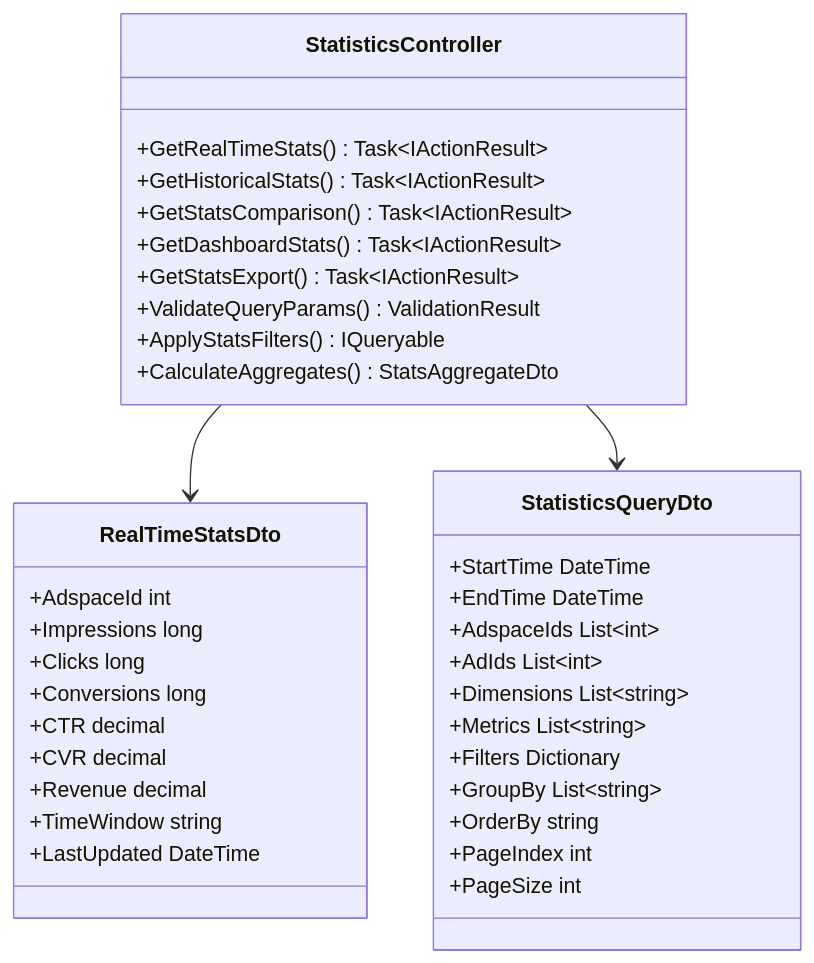
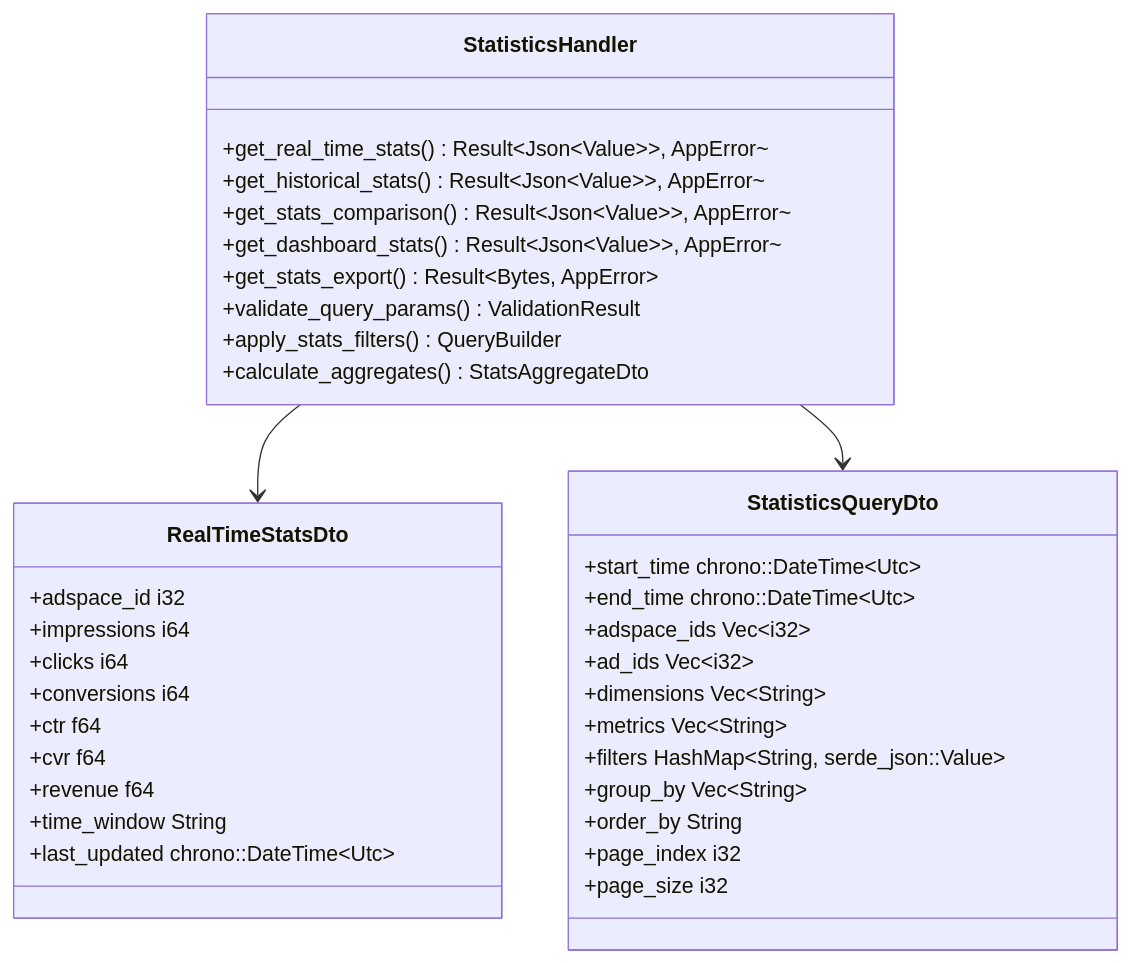
Before and after one commit to lornshrimp/Lorn.ADSP.Rust: the fourth of 7 diagrams in docs_TecDesign/广告投放引擎/广告效果监测服务设计/广告效果监测服务接口设计.md, drawn with Mermaid. The commit also changed other lines of this file and 8 other files, not shown here.

````diff
--- a/docs_TecDesign/广告投放引擎/广告效果监测服务设计/广告效果监测服务接口设计.md
+++ b/docs_TecDesign/广告投放引擎/广告效果监测服务设计/广告效果监测服务接口设计.md
@@ -300,42 +314,42 @@
 ```mermaid
 classDiagram
-    class StatisticsController {
-        +GetRealTimeStats() Task~IActionResult~
-        +GetHistoricalStats() Task~IActionResult~
-        +GetStatsComparison() Task~IActionResult~
-        +GetDashboardStats() Task~IActionResult~
-        +GetStatsExport() Task~IActionResult~
-        +ValidateQueryParams() ValidationResult
-        +ApplyStatsFilters() IQueryable
-        +CalculateAggregates() StatsAggregateDto
+    class StatisticsHandler {
+        +get_real_time_stats() Result~Json~Value~~, AppError~
+        +get_historical_stats() Result~Json~Value~~, AppError~
+        +get_stats_comparison() Result~Json~Value~~, AppError~
+        +get_dashboard_stats() Result~Json~Value~~, AppError~
+        +get_stats_export() Result~Bytes, AppError~
+        +validate_query_params() ValidationResult
+        +apply_stats_filters() QueryBuilder
+        +calculate_aggregates() StatsAggregateDto
     }
     
     class RealTimeStatsDto {
-        +AdspaceId int
-        +Impressions long
-        +Clicks long
-        +Conversions long
-        +CTR decimal
-        +CVR decimal
-        +Revenue decimal
-        +TimeWindow string
-        +LastUpdated DateTime
+        +adspace_id i32
+        +impressions i64
+        +clicks i64
+        +conversions i64
+        +ctr f64
+        +cvr f64
+        +revenue f64
+        +time_window String
+        +last_updated chrono::DateTime~Utc~
     }
     
     class StatisticsQueryDto {
-        +StartTime DateTime
-        +EndTime DateTime
-        +AdspaceIds List~int~
-        +AdIds List~int~
-        +Dimensions List~string~
-        +Metrics List~string~
-        +Filters Dictionary
-        +GroupBy List~string~
-        +OrderBy string
-        +PageIndex int
-        +PageSize int
+        +start_time chrono::DateTime~Utc~
+        +end_time chrono::DateTime~Utc~
+        +adspace_ids Vec~i32~
+        +ad_ids Vec~i32~
+        +dimensions Vec~String~
+        +metrics Vec~String~
+        +filters HashMap~String, serde_json::Value~
+        +group_by Vec~String~
+        +order_by String
+        +page_index i32
+        +page_size i32
     }
     
-    StatisticsController --> RealTimeStatsDto
-    StatisticsController --> StatisticsQueryDto
+    StatisticsHandler --> RealTimeStatsDto
+    StatisticsHandler --> StatisticsQueryDto
 ```
````
